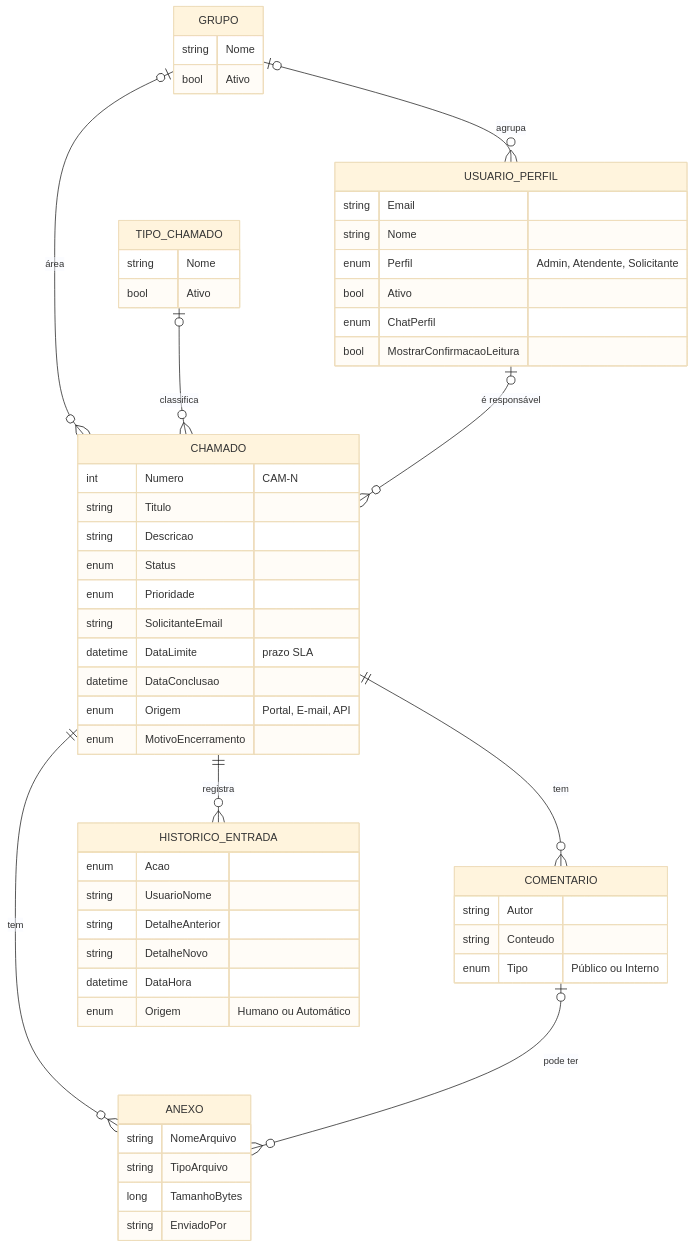
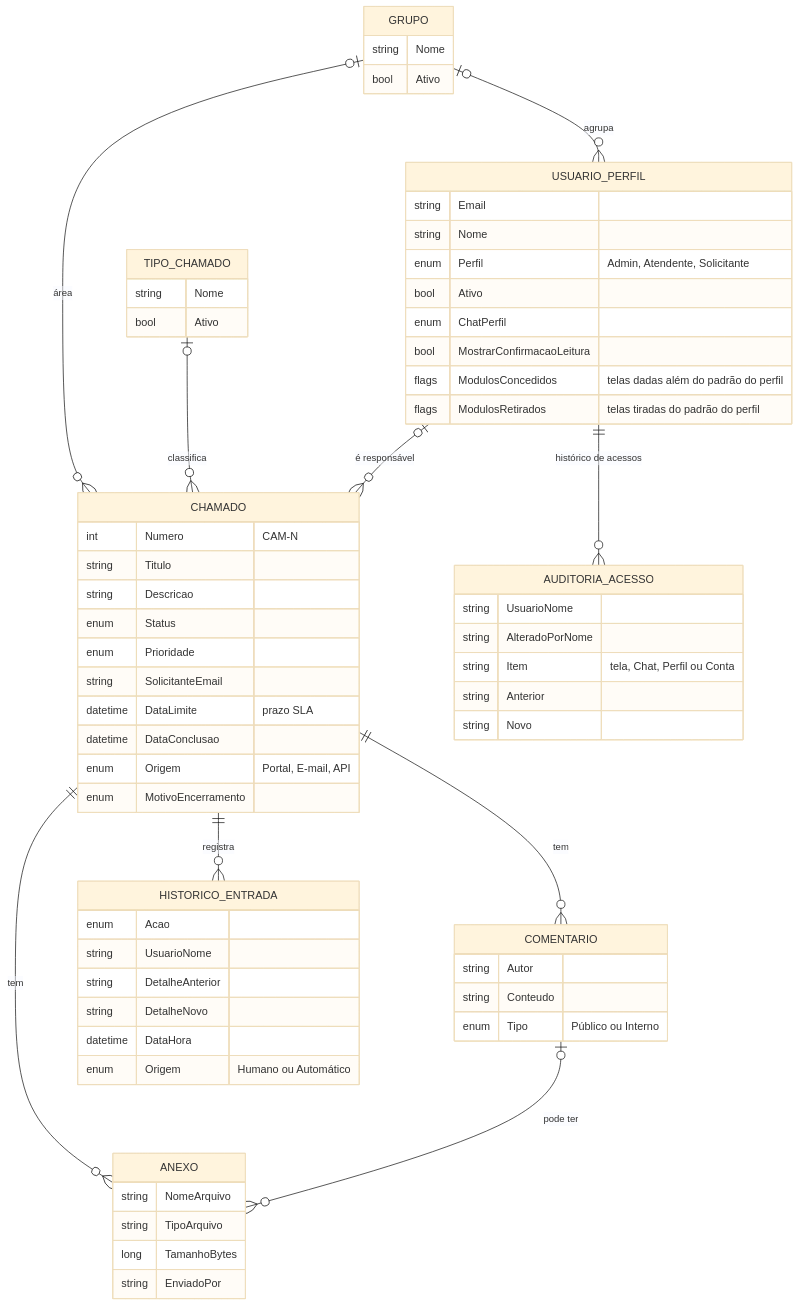
One commit to JVictorPacheco/ChamadosCamarj changed the first of 2 diagrams in docs/obsidian/30 Arquitetura/Modelo de Dados.md. Above: the diagram before and after it, drawn with Mermaid (base theme). The commit also changed other lines of this file and 11 other files, not shown here.

Commit message:
docs(sdd): fecha controle-de-acesso — STATE/ROADMAP/Obsidian (ADR-010)

````diff
--- a/docs/obsidian/30 Arquitetura/Modelo de Dados.md
+++ b/docs/obsidian/30 Arquitetura/Modelo de Dados.md
@@ -15,59 +15,69 @@
 ```mermaid
 erDiagram
     GRUPO |o--o{ CHAMADO : "área"
     TIPO_CHAMADO |o--o{ CHAMADO : classifica
     CHAMADO ||--o{ COMENTARIO : tem
     CHAMADO ||--o{ ANEXO : tem
     COMENTARIO |o--o{ ANEXO : "pode ter"
     CHAMADO ||--o{ HISTORICO_ENTRADA : registra
     GRUPO |o--o{ USUARIO_PERFIL : agrupa
+    USUARIO_PERFIL ||--o{ AUDITORIA_ACESSO : "histórico de acessos"
     USUARIO_PERFIL |o--o{ CHAMADO : "é responsável"
 
     CHAMADO {
         int Numero "CAM-N"
         string Titulo
         string Descricao
         enum Status
         enum Prioridade
         string SolicitanteEmail
         datetime DataLimite "prazo SLA"
         datetime DataConclusao
         enum Origem "Portal, E-mail, API"
         enum MotivoEncerramento
     }
     COMENTARIO {
         string Autor
         string Conteudo
         enum Tipo "Público ou Interno"
     }
     ANEXO {
         string NomeArquivo
         string TipoArquivo
         long TamanhoBytes
         string EnviadoPor
     }
     HISTORICO_ENTRADA {
         enum Acao
         string UsuarioNome
         string DetalheAnterior
         string DetalheNovo
         datetime DataHora
         enum Origem "Humano ou Automático"
     }
     USUARIO_PERFIL {
         string Email
         string Nome
         enum Perfil "Admin, Atendente, Solicitante"
         bool Ativo
         enum ChatPerfil
         bool MostrarConfirmacaoLeitura
+        flags ModulosConcedidos "telas dadas além do padrão do perfil"
+        flags ModulosRetirados "telas tiradas do padrão do perfil"
+    }
+    AUDITORIA_ACESSO {
+        string UsuarioNome
+        string AlteradoPorNome
+        string Item "tela, Chat, Perfil ou Conta"
+        string Anterior
+        string Novo
     }
     GRUPO {
         string Nome
         bool Ativo
     }
     TIPO_CHAMADO {
         string Nome
         bool Ativo
     }
 ```
````
